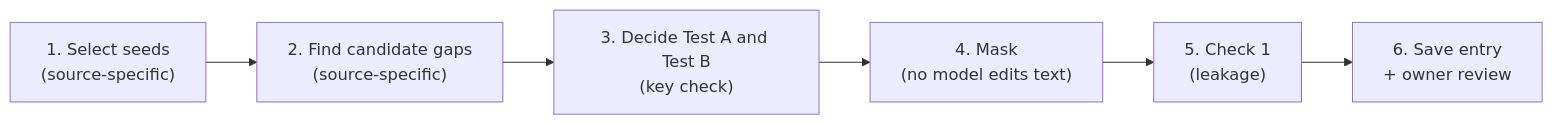
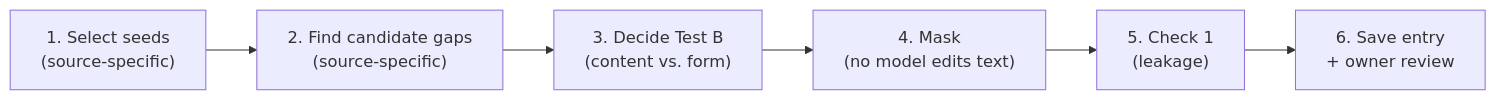
Before and after one commit to HE-1234/Agent-s-Assumptions: the diagram in docs/current/stage1_method.md, drawn with Mermaid. The commit also changed other lines of this file and 6 other files, not shown here.

````diff
--- a/docs/current/stage1_method.md
+++ b/docs/current/stage1_method.md
@@ -25,8 +25,8 @@
 ```mermaid
 flowchart LR
     S1["1. Select seeds\n(source-specific)"] --> S2["2. Find candidate gaps\n(source-specific)"]
-    S2 --> S3["3. Decide Test A and Test B\n(key check)"]
+    S2 --> S3["3. Decide Test B\n(content vs. form)"]
     S3 --> S4["4. Mask\n(no model edits text)"]
     S4 --> S5["5. Check 1\n(leakage)"]
     S5 --> S6["6. Save entry\n+ owner review"]
 ```
````
